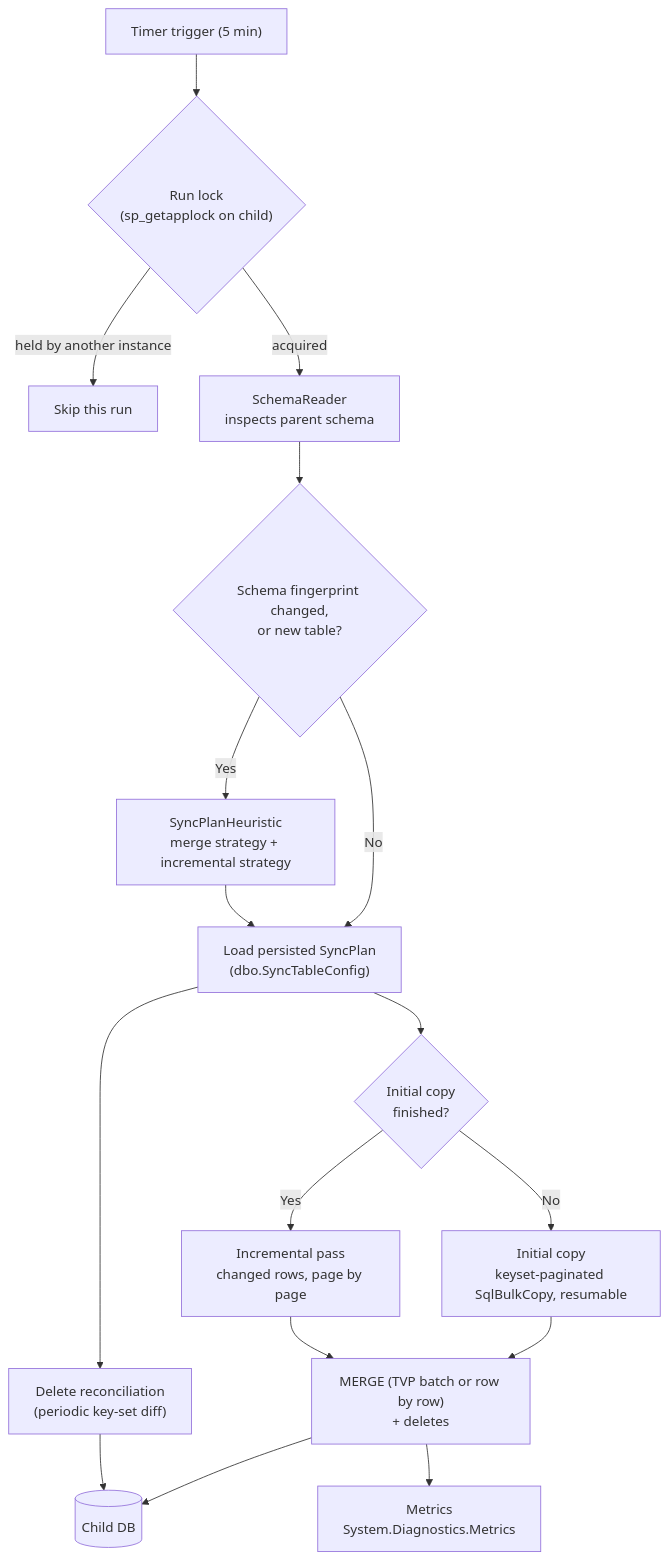
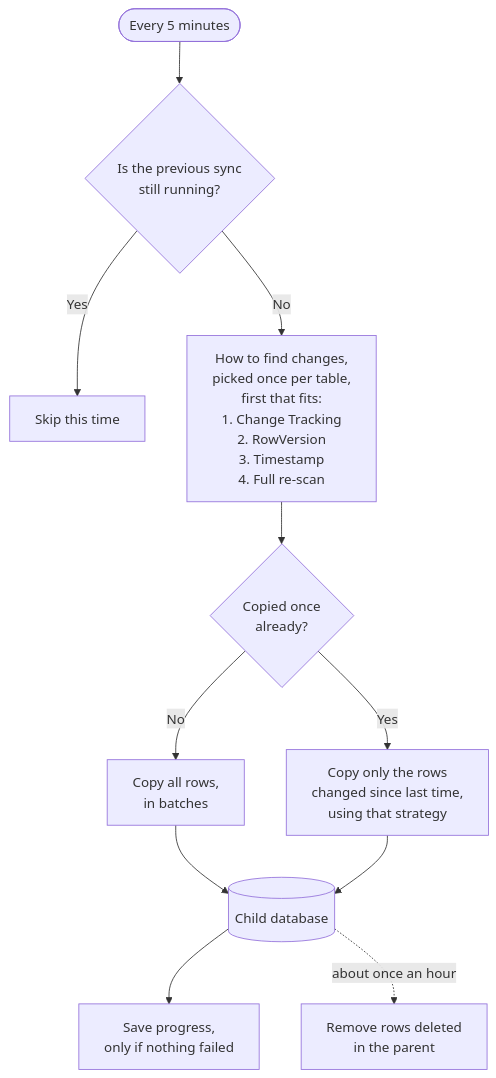
The second of 2 diagrams in README.md (Sidorus/SmartTableSync), drawn with Mermaid before and after one commit. The commit also changed other lines of this file and 1 other file, not shown here.

Commit message:
Simplify the How it works diagram and add a detailed run flow page
The README diagram is now a short plain-language run loop that names the
strategy order. docs/how-it-works.md has the full flow (strategy choice,
Auto and Manual mode, delete check), step-by-step notes and where each
step lives in the code. Fixes the old diagram routing the first copy
through MERGE; it uses SqlBulkCopy.

````diff
--- a/README.md
+++ b/README.md
@@ -69,20 +69,13 @@
 ```mermaid
 flowchart TD
-    Timer["Timer trigger (5 min)"] --> Lock{"Run lock<br/>(sp_getapplock on child)"}
-    Lock -- "held by another instance" --> Skip["Skip this run"]
-    Lock -- acquired --> SR["SchemaReader<br/>inspects parent schema"]
-    SR --> FP{"Schema fingerprint changed,<br/>or new table?"}
-    FP -- No --> Plan["Load persisted SyncPlan<br/>(dbo.SyncTableConfig)"]
-    FP -- Yes --> Heuristic["SyncPlanHeuristic<br/>merge strategy + incremental strategy"]
-    Heuristic --> Plan
-
-    Plan --> Phase{"Initial copy<br/>finished?"}
-    Phase -- No --> Initial["Initial copy<br/>keyset-paginated SqlBulkCopy, resumable"]
-    Phase -- Yes --> Incremental["Incremental pass<br/>changed rows, page by page"]
-
-    Initial --> Merge["MERGE (TVP batch or row by row)<br/>+ deletes"]
-    Incremental --> Merge
-    Merge --> ChildDB[("Child DB")]
-    Plan --> Reconcile["Delete reconciliation<br/>(periodic key-set diff)"] --> ChildDB
-    Merge --> Metrics["Metrics<br/>System.Diagnostics.Metrics"]
+    Start(["Every 5 minutes"]) --> Busy{"Is the previous sync<br/>still running?"}
+    Busy -- Yes --> Skip["Skip this time"]
+    Busy -- No --> Strategy["How to find changes,<br/>picked once per table,<br/>first that fits:<br/>1. Change Tracking<br/>2. RowVersion<br/>3. Timestamp<br/>4. Full re-scan"]
+    Strategy --> Copied{"Copied once<br/>already?"}
+    Copied -- No --> First["Copy all rows,<br/>in batches"]
+    Copied -- Yes --> Changes["Copy only the rows<br/>changed since last time,<br/>using that strategy"]
+    First --> Child[("Child database")]
+    Changes --> Child
+    Child --> Progress["Save progress,<br/>only if nothing failed"]
+    Child -. "about once an hour" .-> Deletes["Remove rows deleted<br/>in the parent"]
 ```
````
